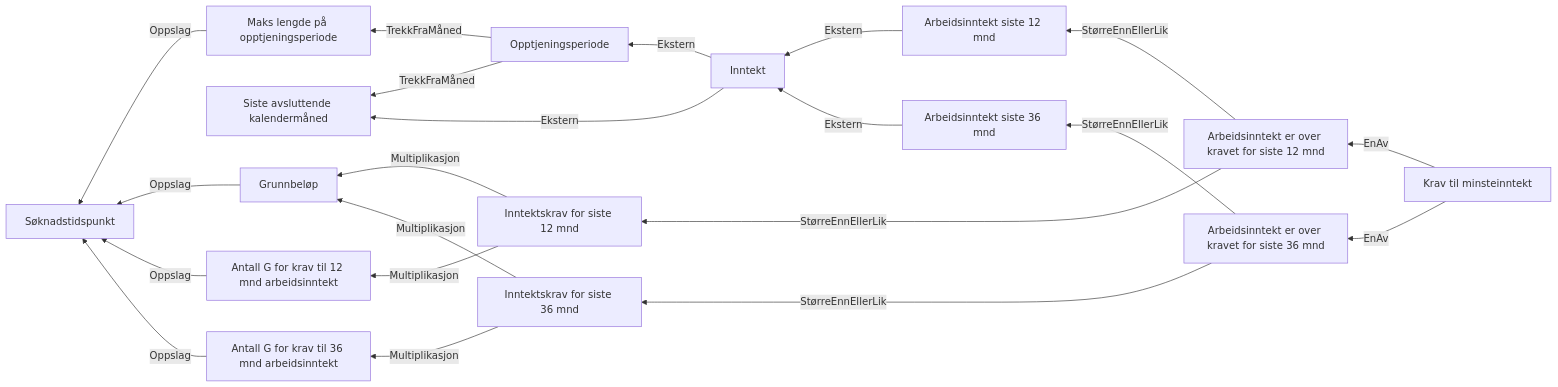
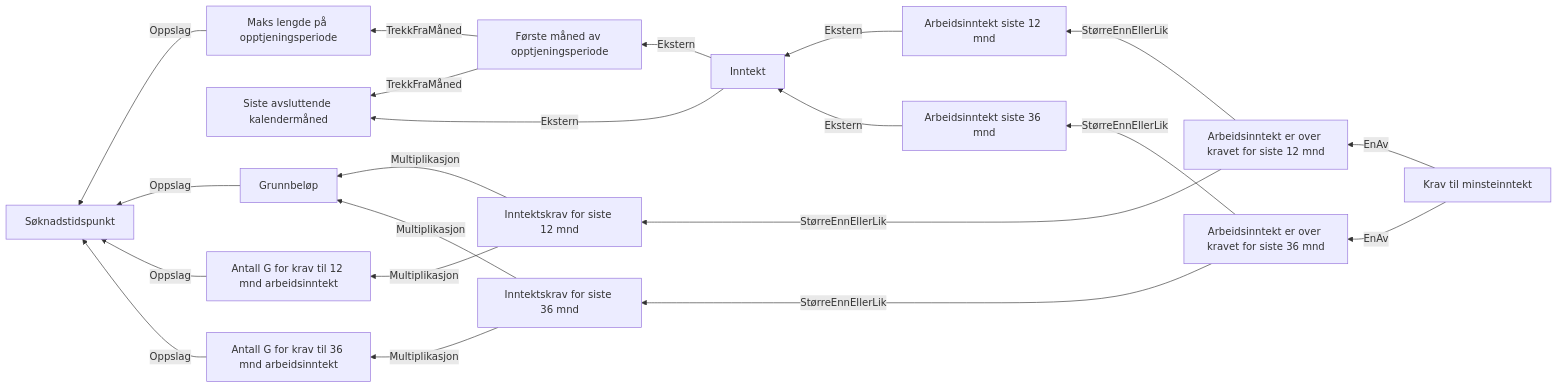
Before and after one commit to navikt/dp-vedtak: the diagram in docs/regler/§ 4-4. Krav til minsteinntekt.approved.md, drawn with Mermaid. The commit also changed 3 other files, not shown here.

````diff
--- a/docs/regler/§ 4-4. Krav til minsteinntekt.approved.md
+++ b/docs/regler/§ 4-4. Krav til minsteinntekt.approved.md
@@ -5,23 +5,23 @@
 ```mermaid
 graph RL
   A["Maks lengde på opptjeningsperiode"] -->|"Oppslag"| B["Søknadstidspunkt"]
-  C["Opptjeningsperiode"] -->|"TrekkFraMåned"| D["Siste avsluttende kalendermåned"]
-  C["Opptjeningsperiode"] -->|"TrekkFraMåned"| A["Maks lengde på opptjeningsperiode"]
+  C["Første måned av opptjeningsperiode"] -->|"TrekkFraMåned"| D["Siste avsluttende kalendermåned"]
+  C["Første måned av opptjeningsperiode"] -->|"TrekkFraMåned"| A["Maks lengde på opptjeningsperiode"]
   E["Inntekt"] -->|"Ekstern"| D["Siste avsluttende kalendermåned"]
-  E["Inntekt"] -->|"Ekstern"| C["Opptjeningsperiode"]
+  E["Inntekt"] -->|"Ekstern"| C["Første måned av opptjeningsperiode"]
   F["Grunnbeløp"] -->|"Oppslag"| B["Søknadstidspunkt"]
   G["Arbeidsinntekt siste 12 mnd"] -->|"Ekstern"| E["Inntekt"]
   H["Antall G for krav til 12 mnd arbeidsinntekt"] -->|"Oppslag"| B["Søknadstidspunkt"]
   I["Inntektskrav for siste 12 mnd"] -->|"Multiplikasjon"| H["Antall G for krav til 12 mnd arbeidsinntekt"]
   I["Inntektskrav for siste 12 mnd"] -->|"Multiplikasjon"| F["Grunnbeløp"]
   J["Arbeidsinntekt er over kravet for siste 12 mnd"] -->|"StørreEnnEllerLik"| G["Arbeidsinntekt siste 12 mnd"]
   J["Arbeidsinntekt er over kravet for siste 12 mnd"] -->|"StørreEnnEllerLik"| I["Inntektskrav for siste 12 mnd"]
   K["Arbeidsinntekt siste 36 mnd"] -->|"Ekstern"| E["Inntekt"]
   L["Antall G for krav til 36 mnd arbeidsinntekt"] -->|"Oppslag"| B["Søknadstidspunkt"]
   M["Inntektskrav for siste 36 mnd"] -->|"Multiplikasjon"| L["Antall G for krav til 36 mnd arbeidsinntekt"]
   M["Inntektskrav for siste 36 mnd"] -->|"Multiplikasjon"| F["Grunnbeløp"]
   N["Arbeidsinntekt er over kravet for siste 36 mnd"] -->|"StørreEnnEllerLik"| K["Arbeidsinntekt siste 36 mnd"]
   N["Arbeidsinntekt er over kravet for siste 36 mnd"] -->|"StørreEnnEllerLik"| M["Inntektskrav for siste 36 mnd"]
   O["Krav til minsteinntekt"] -->|"EnAv"| J["Arbeidsinntekt er over kravet for siste 12 mnd"]
   O["Krav til minsteinntekt"] -->|"EnAv"| N["Arbeidsinntekt er over kravet for siste 36 mnd"]
 ```
````
